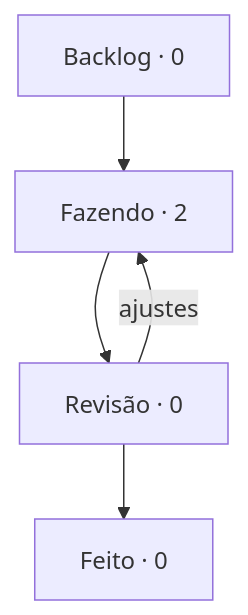
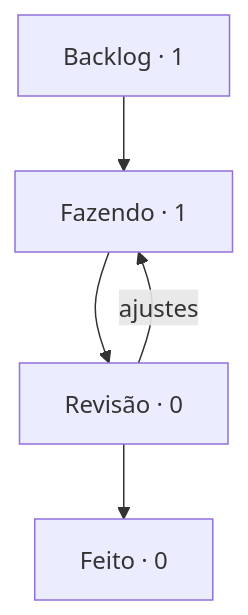
One commit to StudioVibi/VibiKanban changed the diagram in boards/geral/BOARD.md. Above: the diagram before and after it, drawn with Mermaid. The commit also changed other lines of this file and 1 other file, not shown here.

Commit message:
board: GE-1 Fazendo → Backlog (@isabellaherman)

````diff
--- a/boards/geral/BOARD.md
+++ b/boards/geral/BOARD.md
@@ -5,10 +5,10 @@
 ```mermaid
 flowchart TD
-  backlog["Backlog · 0"] --> doing["Fazendo · 2"]
+  backlog["Backlog · 1"] --> doing["Fazendo · 1"]
   doing --> review["Revisão · 0"]
   review --> done["Feito · 0"]
   review -->|ajustes| doing
   doing:::blue
   review:::yellow
   done:::green
 ```
````
